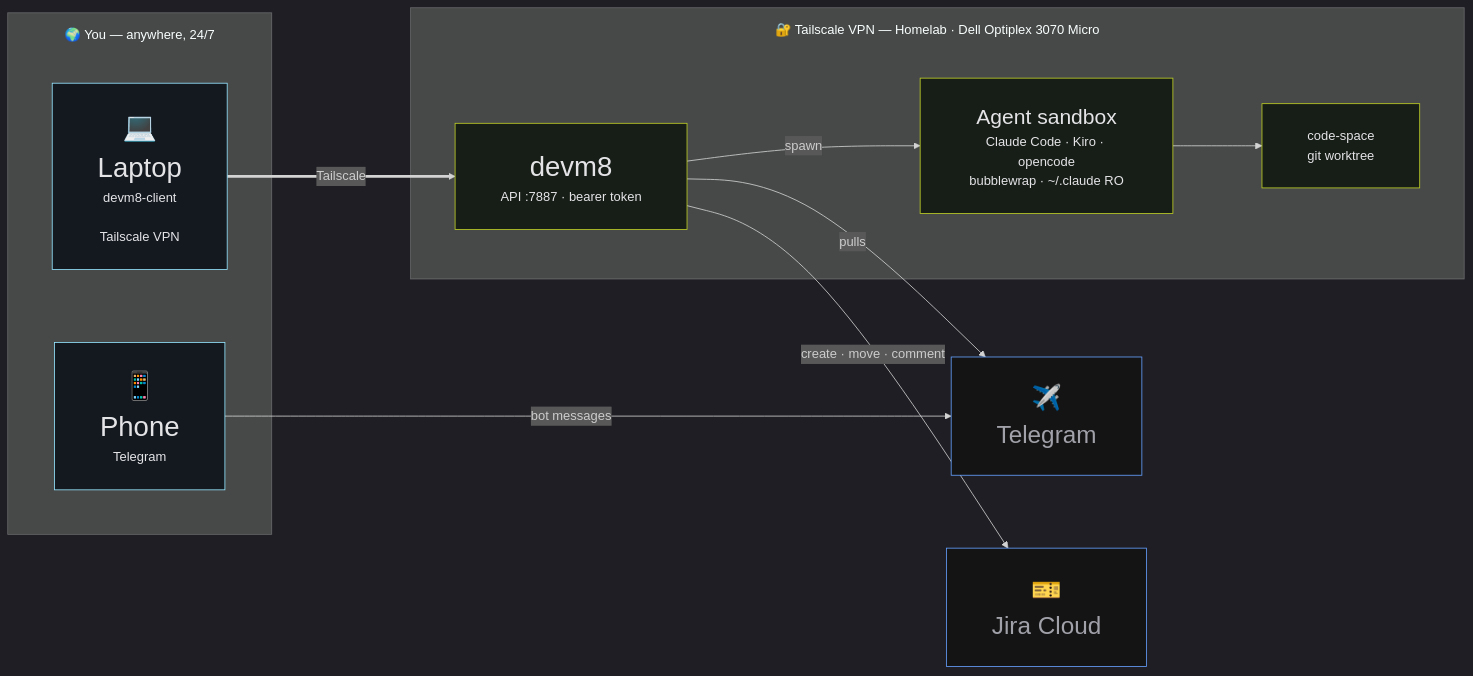
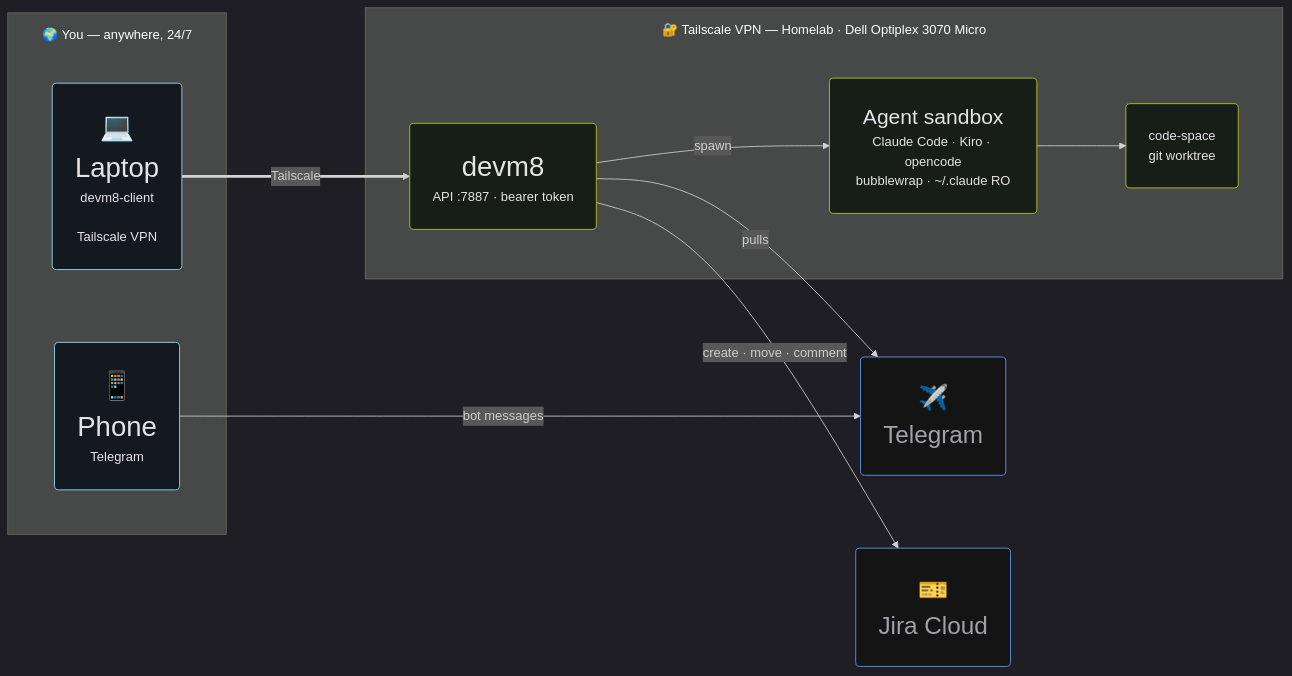
Before and after one commit to sayjeyhi/talks: the first of 13 diagrams in presentations/oh-my-harness/slides.md, drawn with Mermaid. The commit also changed other lines of this file and 16 other files, not shown here.

````diff
--- a/presentations/oh-my-harness/slides.md
+++ b/presentations/oh-my-harness/slides.md
@@ -323,28 +360,28 @@
 ```mermaid
 %%{init: {"theme": "dark", "flowchart": {"curve": "basis", "nodeSpacing": 90, "rankSpacing": 110, "diagramPadding": 28, "padding": 28, "subGraphTitleMargin": {"top": 16, "bottom": 16}}} }%%
 flowchart LR
     subgraph anywhere["🌍 You — anywhere, 24/7"]
-        phone["<span style='font-size:34px'>📱<br/>Phone</span><br/>Telegram"]
-        laptop["<span style='font-size:34px'>💻<br/>Laptop</span><br/>devm8-client<br/><br/>Tailscale VPN"]
+        phone("<span style='font-size:34px'>📱<br/>Phone</span><br/>Telegram")
+        laptop("<span style='font-size:34px'>💻<br/>Laptop</span><br/>devm8-client<br/><br/>Tailscale VPN")
     end
 
     subgraph tailnet["🔐 Tailscale VPN — Homelab · Dell Optiplex 3070 Micro"]
-        api["<span style='font-size:34px'>devm8</span><br/>API :7887 · bearer token"]
-        sandbox["<span style='font-size:26px'>Agent sandbox</span><br/>Claude Code · Kiro · opencode<br/>bubblewrap · ~/.claude RO"]
-        repo["code-space<br/>git worktree"]
+        api("<span style='font-size:34px'>devm8</span><br/>API :7887 · bearer token")
+        sandbox("<span style='font-size:26px'>Agent sandbox</span><br/>Claude Code · Kiro · opencode<br/>bubblewrap · ~/.claude RO")
+        repo("code-space<br/>git worktree")
         api -->|"spawn"| sandbox
         sandbox --> repo
     end
 
-    phone -->|"bot messages"| telegram["<span style='font-size:30px'>✈️<br/>Telegram</span>"]
+    phone -->|"bot messages"| telegram("<span style='font-size:30px'>✈️<br/>Telegram</span>")
     api -->|"pulls"| telegram
     laptop ==>|"Tailscale"| api
-    api -->|"create · move · comment"| jira["<span style='font-size:30px'>🎫<br/> Jira Cloud</span>"]
+    api -->|"create · move · comment"| jira("<span style='font-size:30px'>🎫<br/> Jira Cloud</span>")
 
     classDef you fill:#141920,stroke:#95E6FF,color:#e4e4e7
     classDef vpn fill:#171d17,stroke:#BECF24,color:#e4e4e7
     classDef ext fill:#141414,stroke:#66a1ff,color:#a1a1aa
     class phone,laptop you
     class api,sandbox,repo vpn
     class jira,telegram ext
 ```
````
